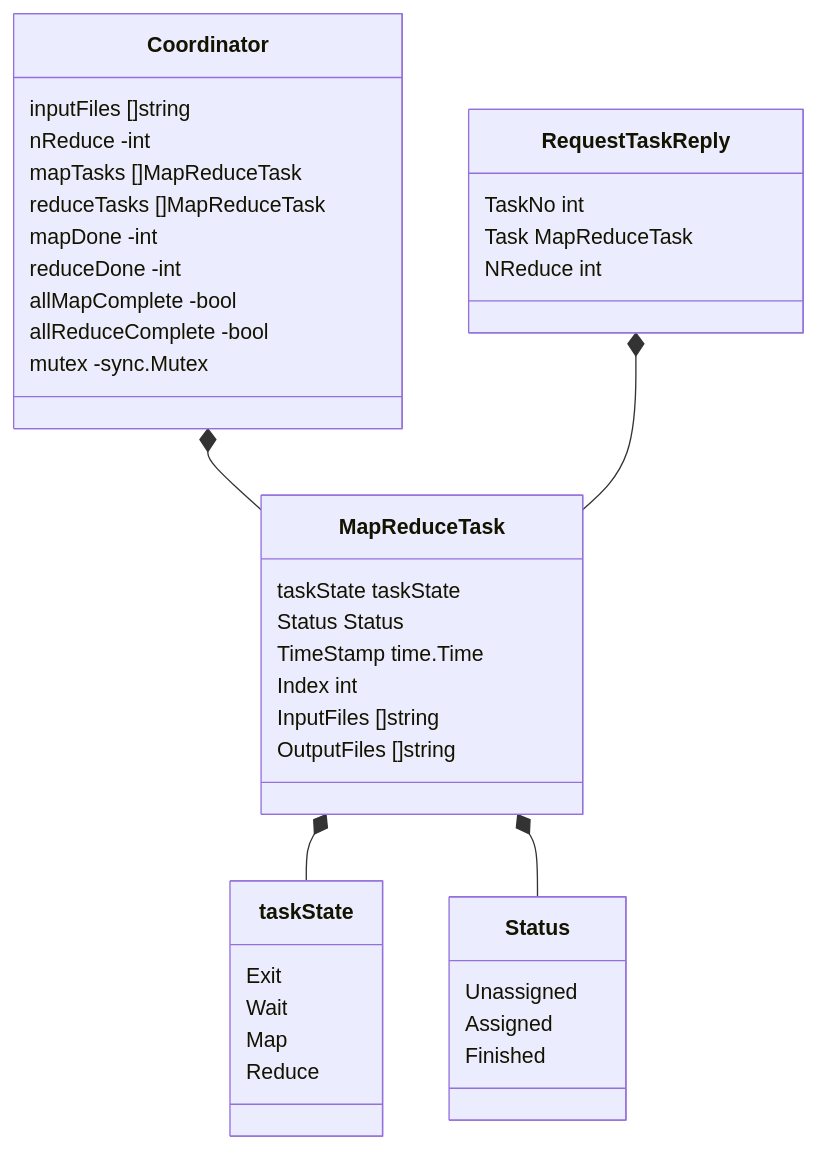
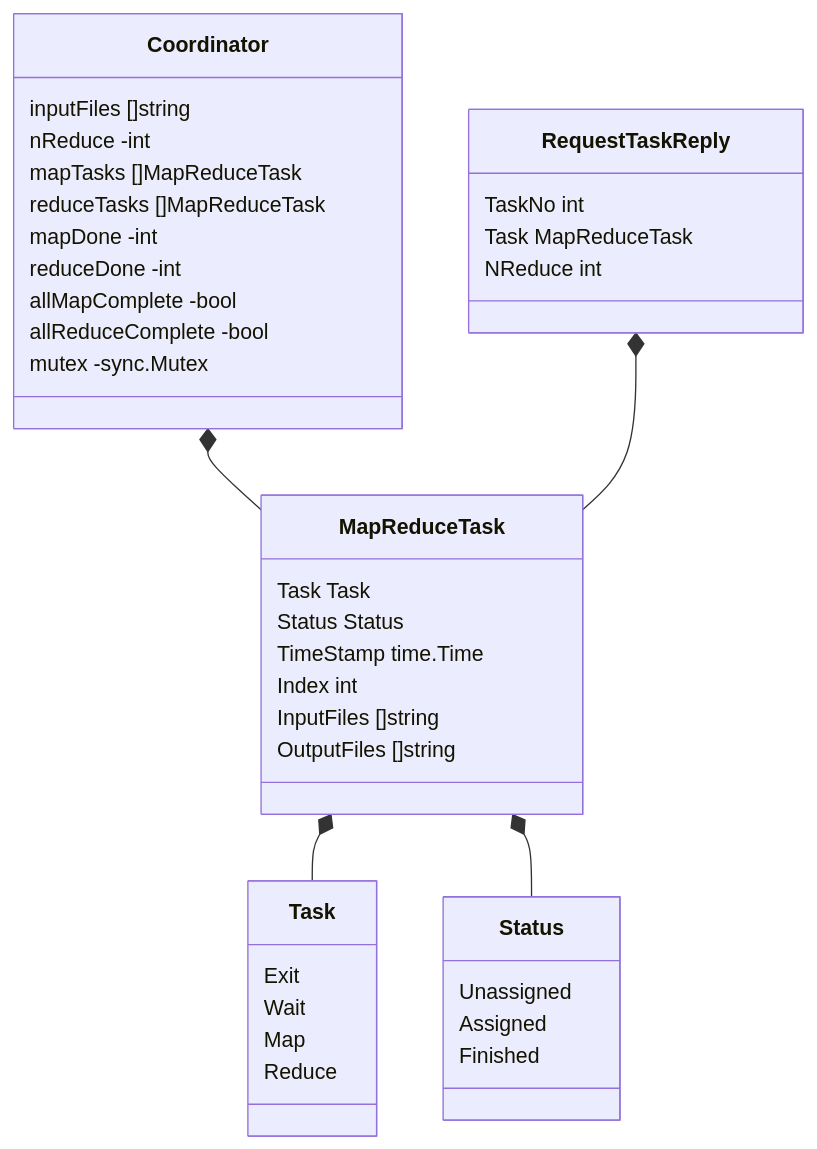
One commit to Lewisliang-GIT/TDA596_labCode changed the first of 2 diagrams in lab2/rm_lab2.md. Above: the diagram before and after it, drawn with Mermaid.

Commit message:
change md

````diff
--- a/lab2/rm_lab2.md
+++ b/lab2/rm_lab2.md
@@ -2,47 +2,47 @@
 ```mermaid
 classDiagram
 class Coordinator{
 inputFiles []string
 	nReduce    -int
 
 	mapTasks    []MapReduceTask
 	reduceTasks []MapReduceTask
 
 	mapDone    -int
 	reduceDone -int
 
 	allMapComplete    -bool
 	allReduceComplete -bool
 
 	mutex -sync.Mutex
 }
 class MapReduceTask{
-  taskState      taskState
+    Task      Task
 	Status    Status
 	TimeStamp time.Time
 	Index     int
 
 	InputFiles  []string
 	OutputFiles []string
 }
-class taskState{
+class Task{
   Exit 
 	Wait
 	Map
 	Reduce
 }
 class Status{
   Unassigned 
 	Assigned
 	Finished
 }
 class RequestTaskReply{
   TaskNo  int
 	Task    MapReduceTask
 	NReduce int
 }
 Coordinator *-- MapReduceTask
-MapReduceTask *-- taskState
+MapReduceTask *-- Task
 MapReduceTask *-- Status
 RequestTaskReply *-- MapReduceTask
 ```
````
